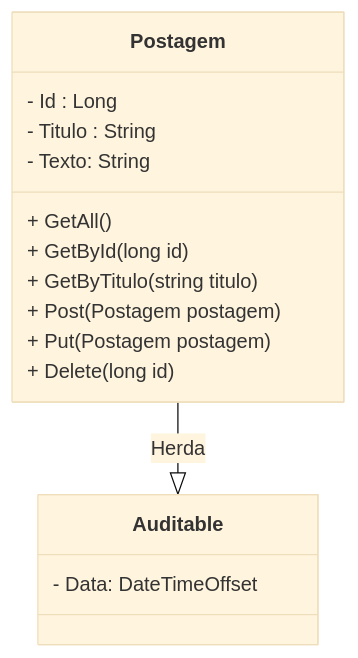
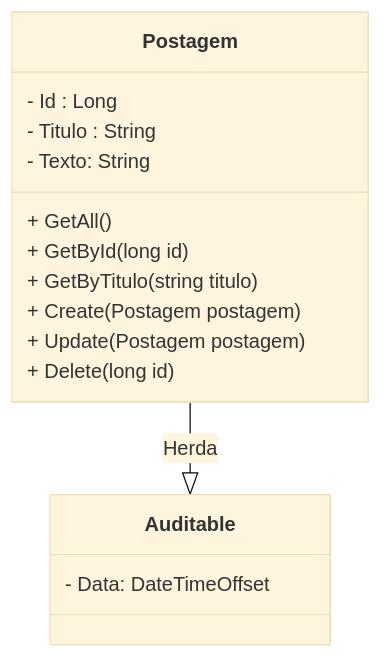
Before and after one commit to conteudoGeneration/cookbook_csharp: the first of 2 diagrams in 04_aspnet/07.md, drawn with Mermaid (base theme). The commit also changed 11 other files, not shown here.

````diff
--- a/04_aspnet/07.md
+++ b/04_aspnet/07.md
@@ -20,18 +20,18 @@
 ```mermaid
 classDiagram
 class Postagem {
   - Id : Long
   - Titulo : String
   - Texto: String
   + GetAll()
   + GetById(long id)
   + GetByTitulo(string titulo)
-  + Post(Postagem postagem)
-  + Put(Postagem postagem)
+  + Create(Postagem postagem)
+  + Update(Postagem postagem)
   + Delete(long id)
 }
 class Auditable {
   - Data: DateTimeOffset
 }
 Postagem --|> Auditable: Herda
 ```
````
